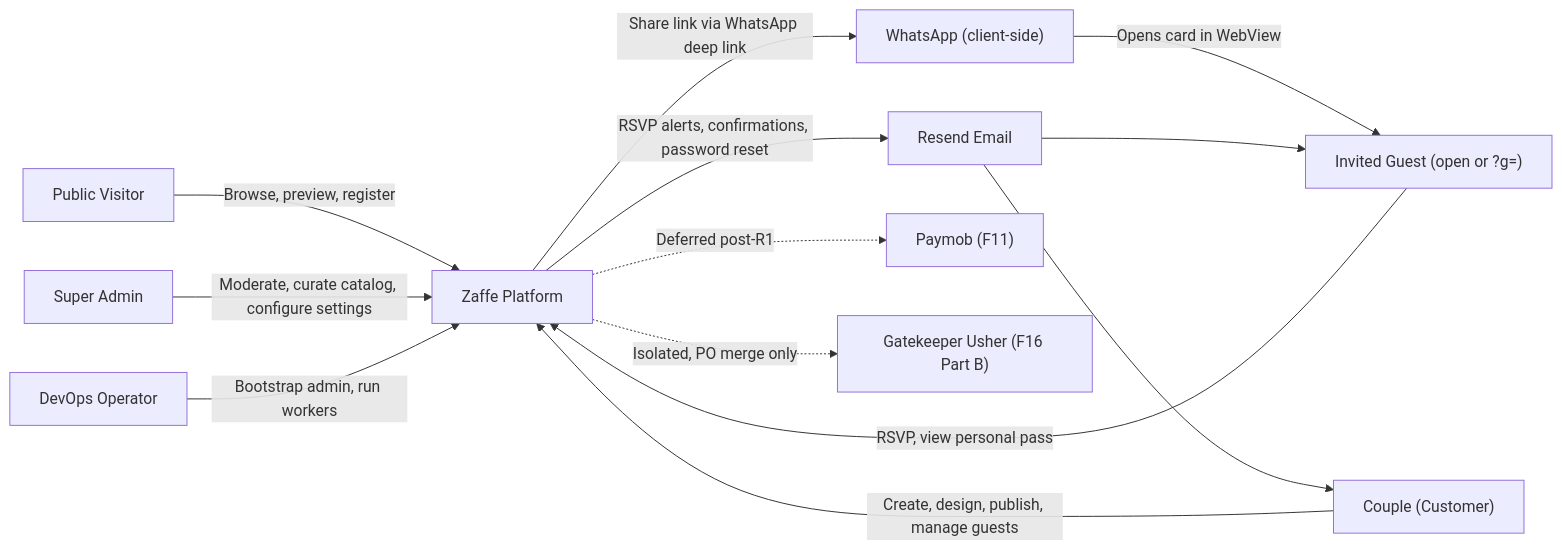
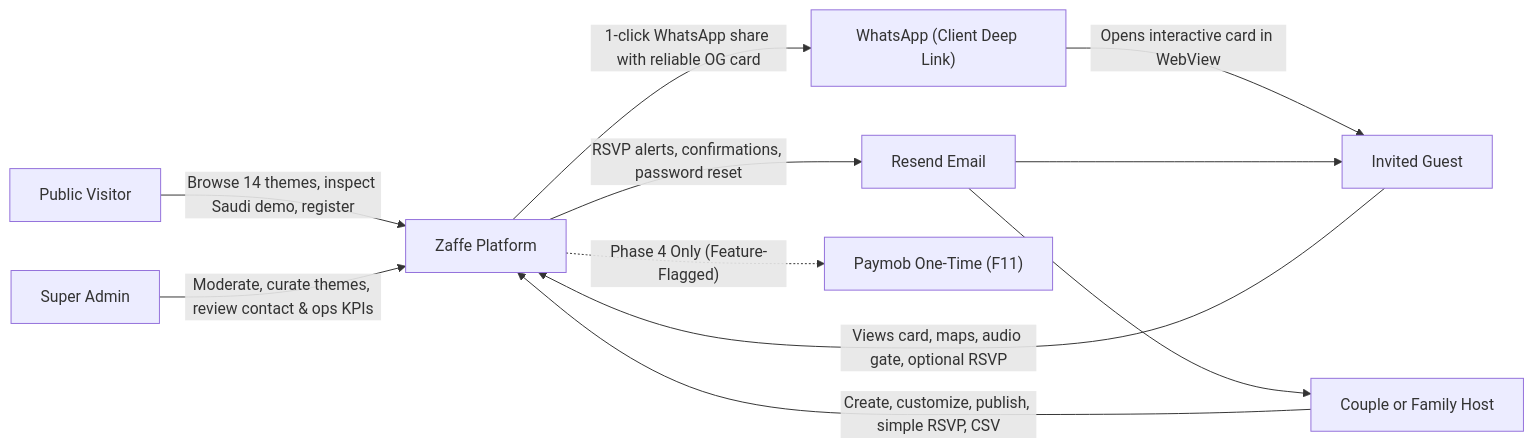
One commit to mohamedelbalooty/Zaffe changed the first of 3 diagrams in docs/business/business-requirements-document.md. Above: the diagram before and after it, drawn with Mermaid. The commit also changed other lines of this file and 7 other files, not shown here.

Commit message:
docs(strategy): propose Saudi-first phased roadmap and reconcile BRD with PO direction (ZAFFE-026)

````diff
--- a/docs/business/business-requirements-document.md
+++ b/docs/business/business-requirements-document.md
@@ -182,16 +168,14 @@
 ```mermaid
 flowchart LR
-    Visitor["Public Visitor"] -->|"Browse, preview, register"| Zaffe
-    Couple["Couple (Customer)"] -->|"Create, design, publish, manage guests"| Zaffe
-    Zaffe -->|"Share link via WhatsApp deep link"| WhatsApp["WhatsApp (client-side)"]
-    WhatsApp -->|"Opens card in WebView"| Guest["Invited Guest (open or ?g=)"]
-    Guest -->|"RSVP, view personal pass"| Zaffe
+    Visitor["Public Visitor"] -->|"Browse 14 themes, inspect Saudi demo, register"| Zaffe
+    Couple["Couple or Family Host"] -->|"Create, customize, publish, simple RSVP, CSV"| Zaffe
+    Zaffe -->|"1-click WhatsApp share with reliable OG card"| WhatsApp["WhatsApp (Client Deep Link)"]
+    WhatsApp -->|"Opens interactive card in WebView"| Guest["Invited Guest"]
+    Guest -->|"Views card, maps, audio gate, optional RSVP"| Zaffe
     Zaffe -->|"RSVP alerts, confirmations, password reset"| Mail["Resend Email"]
     Mail --> Couple
     Mail --> Guest
-    Admin["Super Admin"] -->|"Moderate, curate catalog, configure settings"| Zaffe
-    Ops["DevOps Operator"] -->|"Bootstrap admin, run workers"| Zaffe
-    Zaffe -.->|"Deferred post-R1"| Paymob["Paymob (F11)"]
-    Zaffe -.->|"Isolated, PO merge only"| Usher["Gatekeeper Usher (F16 Part B)"]
+    Admin["Super Admin"] -->|"Moderate, curate themes, review contact & ops KPIs"| Zaffe
+    Zaffe -.->|"Phase 4 Only (Feature-Flagged)"| Paymob["Paymob One-Time (F11)"]
     Zaffe["Zaffe Platform"]
 ```
````
